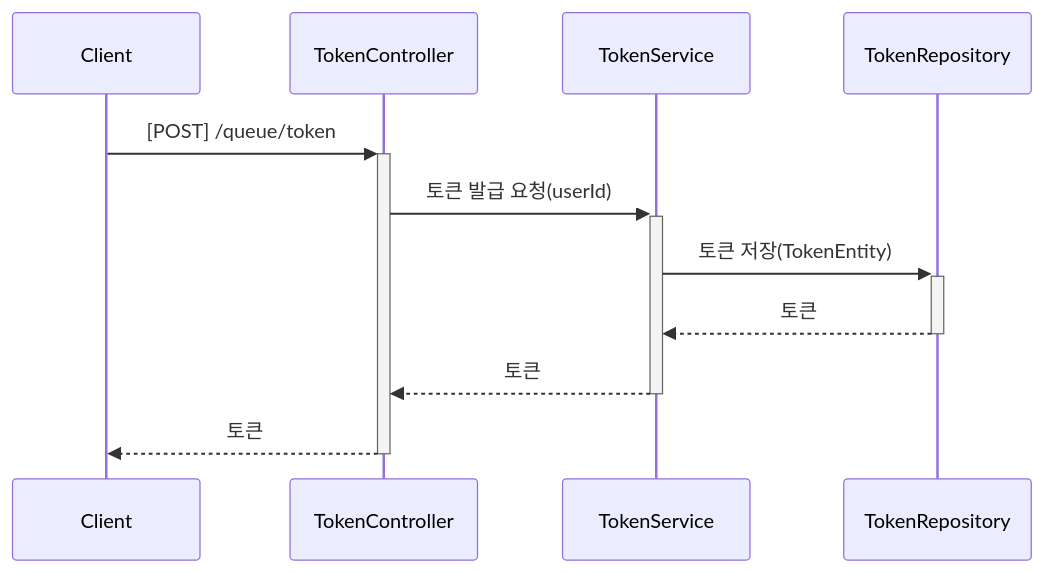
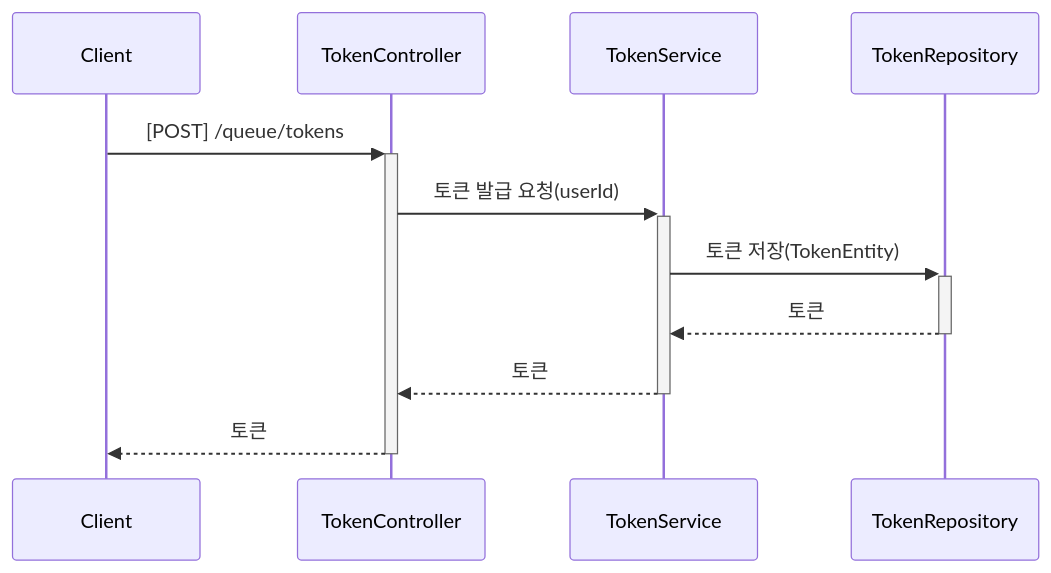
One commit to ByeonJuHwan/Concert-Ticketing changed the first of 10 diagrams in README.md. Above: the diagram before and after it, drawn with Mermaid. The commit also changed other lines of this file, not shown here.

````diff
--- a/README.md
+++ b/README.md
@@ -28,14 +28,14 @@
 ```mermaid
 sequenceDiagram
     participant Client
     participant TokenController
     participant TokenService
     participant TokenRepository
 
-    Client->>+TokenController: [POST] /queue/token
+    Client->>+TokenController: [POST] /queue/tokens
     TokenController->>+TokenService: 토큰 발급 요청(userId)
     TokenService->>+TokenRepository: 토큰 저장(TokenEntity)
     TokenRepository-->>-TokenService: 토큰
     TokenService-->>-TokenController: 토큰
     TokenController-->>-Client: 토큰
 ```
````
